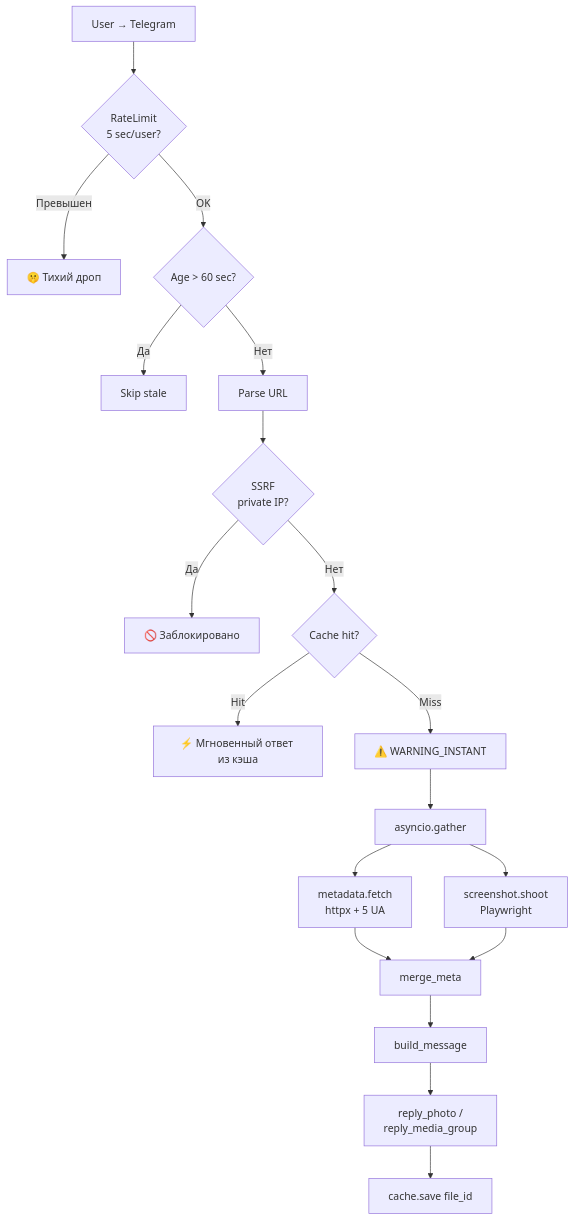
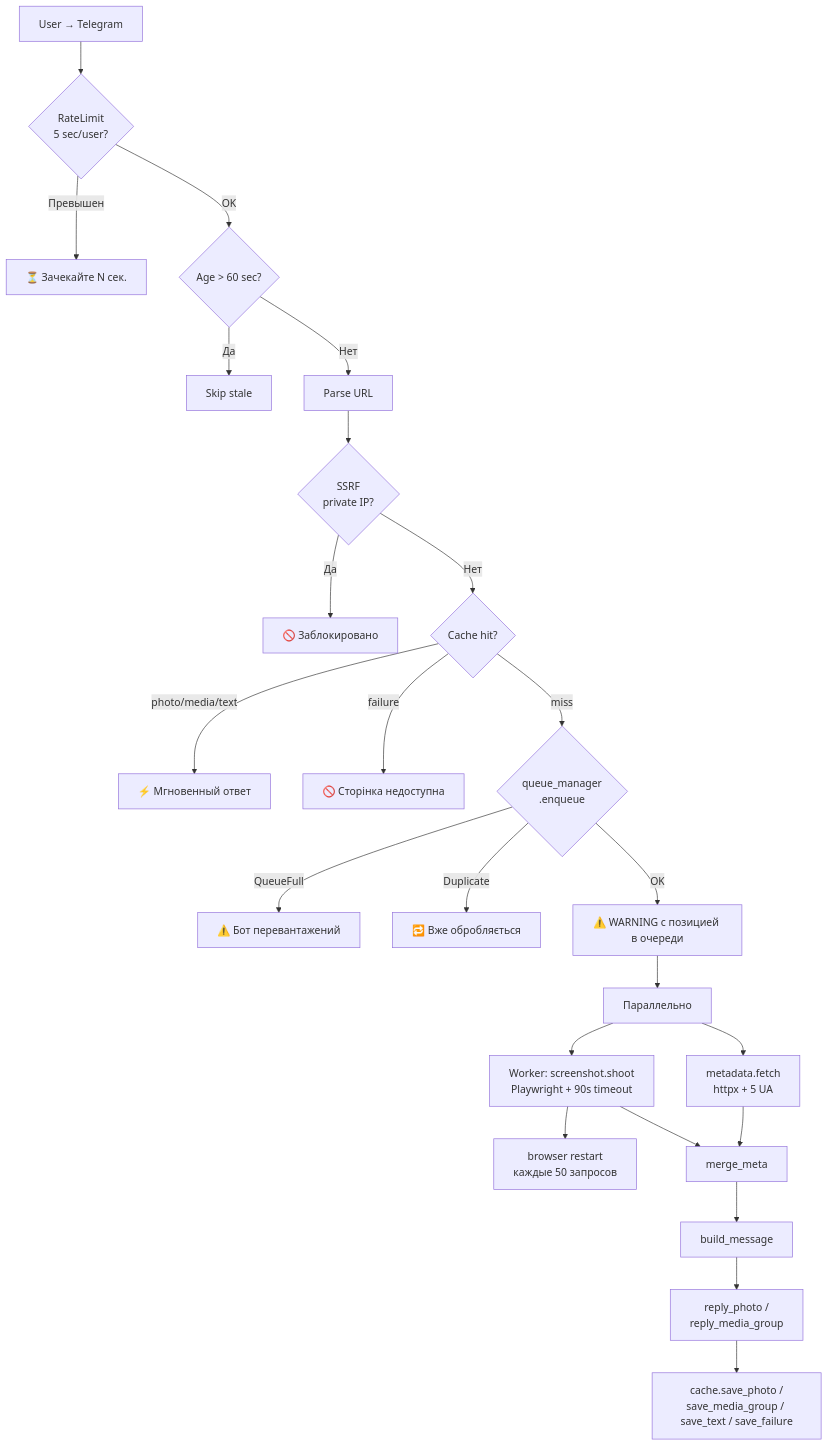
The diagram in README.md (Tosik017/tg-screenshot-bot-1), drawn with Mermaid before and after one commit. The commit also changed other lines of this file and 1 other file, not shown here.

Commit message:
docs: drop Oracle Cloud recommendation — idle reclaim + arbitrary account suspensions

````diff
--- a/README.md
+++ b/README.md
@@ -53,21 +71,26 @@
 ```mermaid
 flowchart TD
     A[User → Telegram] --> RL{RateLimit<br/>5 sec/user?}
-    RL -->|Превышен| DROP[🤫 Тихий дроп]
+    RL -->|Превышен| RLM[⏳ Зачекайте N сек.]
     RL -->|OK| AGE{Age > 60 sec?}
     AGE -->|Да| SKIP[Skip stale]
     AGE -->|Нет| URL[Parse URL]
     URL --> SSRF{SSRF<br/>private IP?}
     SSRF -->|Да| BLOCK[🚫 Заблокировано]
     SSRF -->|Нет| CACHE{Cache hit?}
-    CACHE -->|Hit| FAST[⚡ Мгновенный ответ из кэша]
-    CACHE -->|Miss| WARN[⚠️ WARNING_INSTANT]
-    WARN --> PAR[asyncio.gather]
+    CACHE -->|photo/media/text| FAST[⚡ Мгновенный ответ]
+    CACHE -->|failure| NEG[🚫 Сторінка недоступна]
+    CACHE -->|miss| Q{queue_manager<br/>.enqueue}
+    Q -->|QueueFull| OVER[⚠️ Бот перевантажений]
+    Q -->|Duplicate| DUP[🔁 Вже обробляється]
+    Q -->|OK| WARN[⚠️ WARNING с позицией в очереди]
+    WARN --> PAR[Параллельно]
     PAR --> M[metadata.fetch<br/>httpx + 5 UA]
-    PAR --> S[screenshot.shoot<br/>Playwright]
+    PAR --> W[Worker: screenshot.shoot<br/>Playwright + 90s timeout]
+    W --> R[browser restart<br/>каждые 50 запросов]
     M --> MERGE[merge_meta]
-    S --> MERGE
+    W --> MERGE
     MERGE --> BUILD[build_message]
     BUILD --> SEND[reply_photo /<br/>reply_media_group]
-    SEND --> SAVE[cache.save file_id]
+    SEND --> SAVE[cache.save_photo /<br/>save_media_group / save_text / save_failure]
 ```
````
